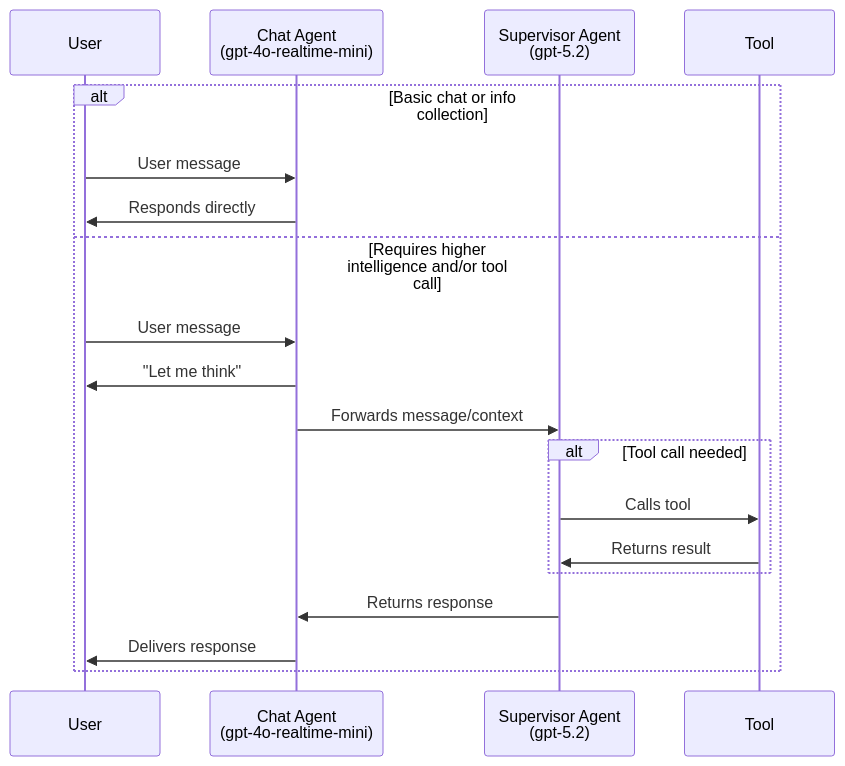
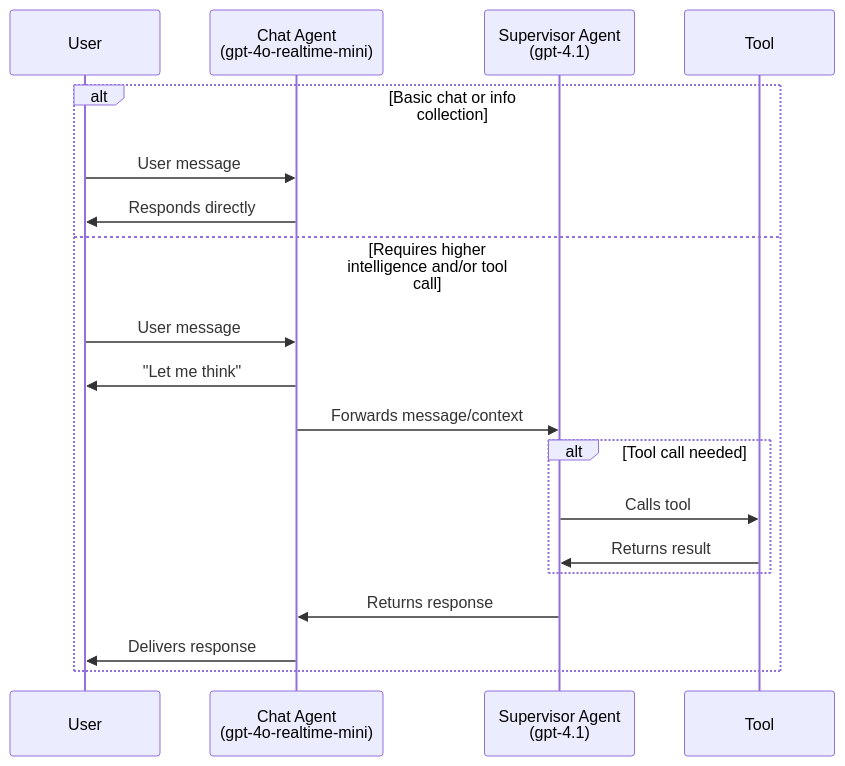
One commit to openai/openai-realtime-agents changed the diagram in README.md. Above: the diagram before and after it, drawn with Mermaid. The commit also changed other lines of this file and 13 other files, not shown here.

````diff
--- a/README.md
+++ b/README.md
@@ -41,22 +39,22 @@
 ```mermaid
 sequenceDiagram
     participant User
     participant ChatAgent as Chat Agent<br/>(gpt-4o-realtime-mini)
-    participant Supervisor as Supervisor Agent<br/>(gpt-5.2)
+    participant Supervisor as Supervisor Agent<br/>(gpt-4.1)
     participant Tool as Tool
 
     alt Basic chat or info collection
         User->>ChatAgent: User message
         ChatAgent->>User: Responds directly
     else Requires higher intelligence and/or tool call
         User->>ChatAgent: User message
         ChatAgent->>User: "Let me think"
         ChatAgent->>Supervisor: Forwards message/context
         alt Tool call needed
             Supervisor->>Tool: Calls tool
             Tool->>Supervisor: Returns result
         end
         Supervisor->>ChatAgent: Returns response
         ChatAgent->>User: Delivers response
     end
 ```
````
